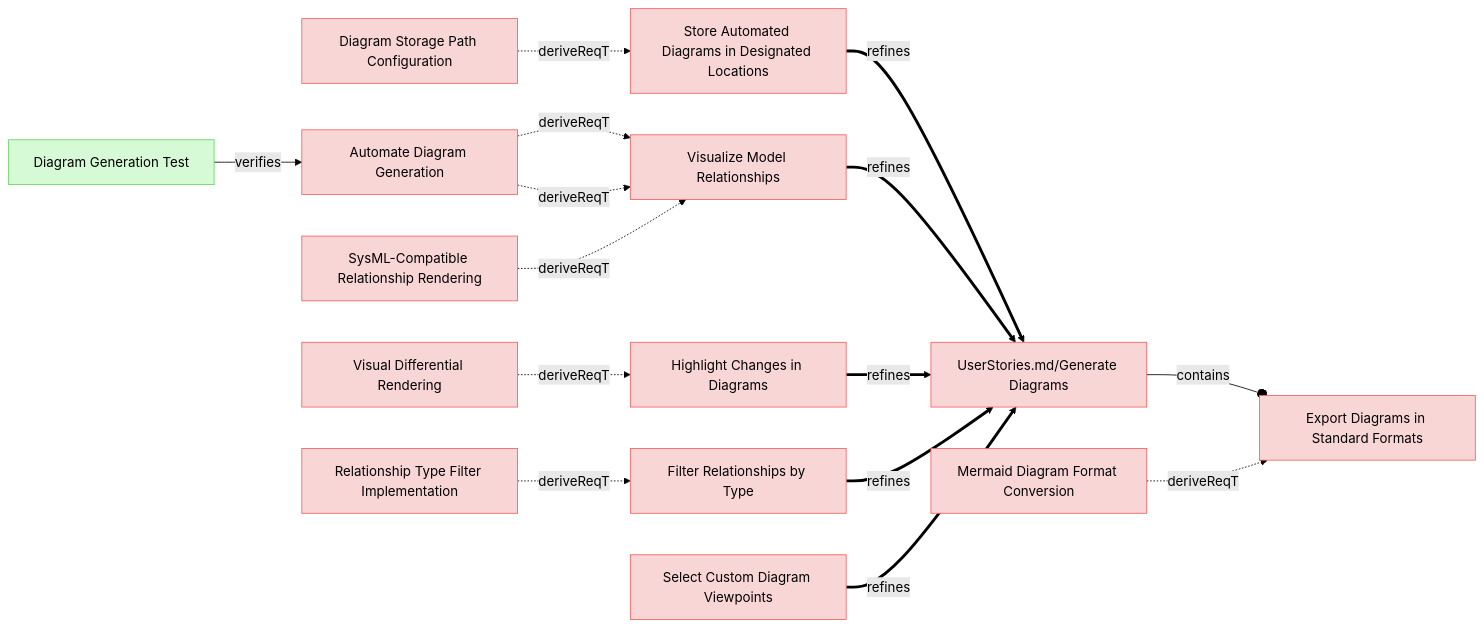
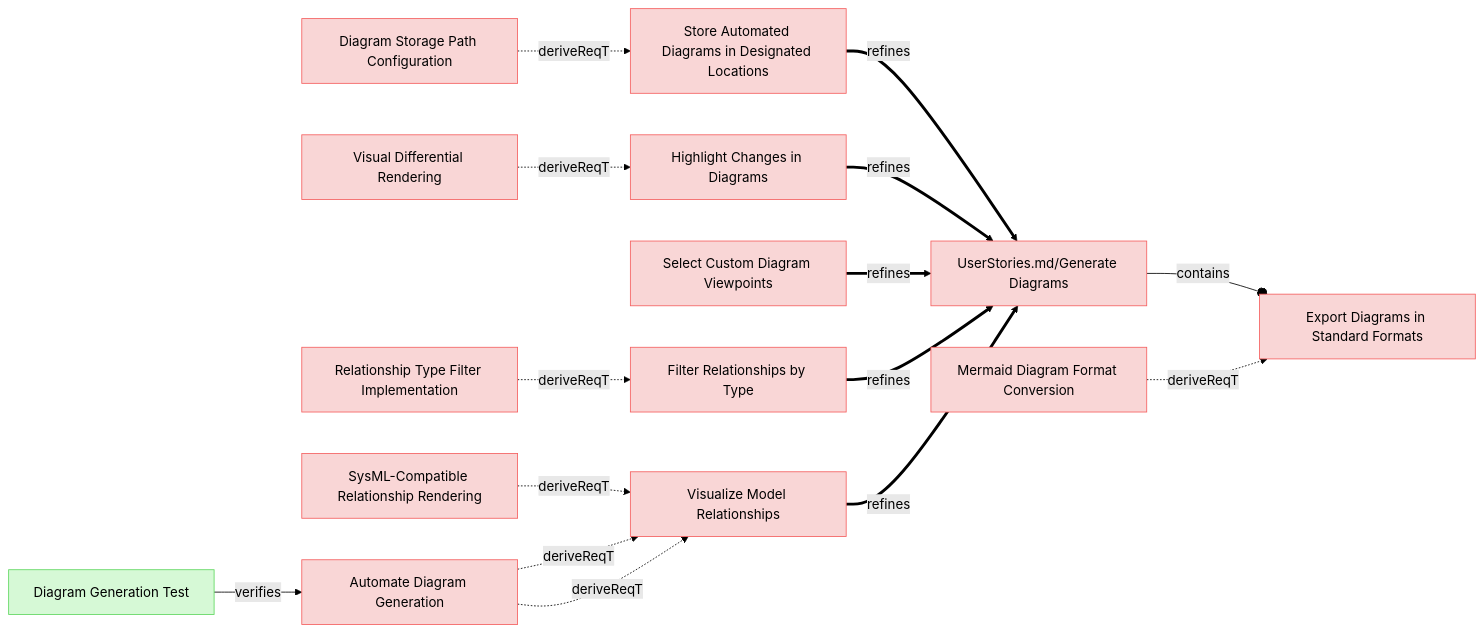
The first of 9 diagrams in specifications/UserRequirements.md (reqvire-org/reqvire), drawn with Mermaid (forest theme) before and after one commit. The commit also changed other lines of this file and 36 other files, not shown here.

````diff
--- a/specifications/UserRequirements.md
+++ b/specifications/UserRequirements.md
@@ -4,65 +4,65 @@
 ```mermaid
 graph LR;
   %% Graph styling
   classDef requirement fill:#f9d6d6,stroke:#f55f5f,stroke-width:1px;
   classDef verification fill:#d6f9d6,stroke:#5fd75f,stroke-width:1px;
   classDef externalLink fill:#d0e0ff,stroke:#3080ff,stroke-width:1px;
   classDef default fill:#f5f5f5,stroke:#333333,stroke-width:1px;
 
-  81f9235ded["Automate Diagram Generation"];
-  click 81f9235ded "UserRequirements.md#automate-diagram-generation";
-  class 81f9235ded requirement;
-  a6a8362836["Visualize Model Relationships"];
-  class a6a8362836 requirement;
-  click a6a8362836 "UserRequirements.md#visualize-model-relationships";
-  81f9235ded -.->|deriveReqT| a6a8362836;
-  b95c73d7b3["Diagram Generation Test"];
-  class b95c73d7b3 verification;
-  click b95c73d7b3 "Verifications/DiagramsTests.md#diagram-generation-test";
-  b95c73d7b3 -->|verifies| 81f9235ded;
   aee397f35b["Store Automated Diagrams in Designated Locations"];
   click aee397f35b "UserRequirements.md#store-automated-diagrams-in-designated-locations";
   class aee397f35b requirement;
   cf0026c2fe["UserStories.md/Generate Diagrams"];
   class cf0026c2fe requirement;
   click cf0026c2fe "UserStories.md#generate-diagrams";
   aee397f35b ==>|refines| cf0026c2fe;
   191d27287e["Diagram Storage Path Configuration"];
   class 191d27287e requirement;
   click 191d27287e "SystemRequirements/Requirements.md#diagram-storage-path-configuration";
   191d27287e -.->|deriveReqT| aee397f35b;
-  a6a8362836 ==>|refines| cf0026c2fe;
-  81f9235ded -.->|deriveReqT| a6a8362836;
-  c826c1ee7c["SysML-Compatible Relationship Rendering"];
-  class c826c1ee7c requirement;
-  click c826c1ee7c "SystemRequirements/Requirements.md#sysml-compatible-relationship-rendering";
-  c826c1ee7c -.->|deriveReqT| a6a8362836;
+  10c00a1bd1["Export Diagrams in Standard Formats"];
+  click 10c00a1bd1 "UserRequirements.md#export-diagrams-in-standard-formats";
+  class 10c00a1bd1 requirement;
+  cf0026c2fe --o|contains| 10c00a1bd1;
+  a7ec66314a["Mermaid Diagram Format Conversion"];
+  class a7ec66314a requirement;
+  click a7ec66314a "SystemRequirements/Requirements.md#mermaid-diagram-format-conversion";
+  a7ec66314a -.->|deriveReqT| 10c00a1bd1;
   fd7388e379["Highlight Changes in Diagrams"];
   click fd7388e379 "UserRequirements.md#highlight-changes-in-diagrams";
   class fd7388e379 requirement;
   fd7388e379 ==>|refines| cf0026c2fe;
   9860815d52["Visual Differential Rendering"];
   class 9860815d52 requirement;
   click 9860815d52 "SystemRequirements/Requirements.md#visual-differential-rendering";
   9860815d52 -.->|deriveReqT| fd7388e379;
+  30053341d8["Select Custom Diagram Viewpoints"];
+  click 30053341d8 "UserRequirements.md#select-custom-diagram-viewpoints";
+  class 30053341d8 requirement;
+  30053341d8 ==>|refines| cf0026c2fe;
   30d97803eb["Filter Relationships by Type"];
   click 30d97803eb "UserRequirements.md#filter-relationships-by-type";
   class 30d97803eb requirement;
   30d97803eb ==>|refines| cf0026c2fe;
   1414e7f889["Relationship Type Filter Implementation"];
   class 1414e7f889 requirement;
   click 1414e7f889 "SystemRequirements/Requirements.md#relationship-type-filter-implementation";
   1414e7f889 -.->|deriveReqT| 30d97803eb;
-  10c00a1bd1["Export Diagrams in Standard Formats"];
-  click 10c00a1bd1 "UserRequirements.md#export-diagrams-in-standard-formats";
-  class 10c00a1bd1 requirement;
-  cf0026c2fe --o|contains| 10c00a1bd1;
-  a7ec66314a["Mermaid Diagram Format Conversion"];
-  class a7ec66314a requirement;
-  click a7ec66314a "SystemRequirements/Requirements.md#mermaid-diagram-format-conversion";
-  a7ec66314a -.->|deriveReqT| 10c00a1bd1;
-  30053341d8["Select Custom Diagram Viewpoints"];
-  click 30053341d8 "UserRequirements.md#select-custom-diagram-viewpoints";
-  class 30053341d8 requirement;
-  30053341d8 ==>|refines| cf0026c2fe;
+  a6a8362836["Visualize Model Relationships"];
+  click a6a8362836 "UserRequirements.md#visualize-model-relationships";
+  class a6a8362836 requirement;
+  a6a8362836 ==>|refines| cf0026c2fe;
+  c826c1ee7c["SysML-Compatible Relationship Rendering"];
+  class c826c1ee7c requirement;
+  click c826c1ee7c "SystemRequirements/Requirements.md#sysml-compatible-relationship-rendering";
+  c826c1ee7c -.->|deriveReqT| a6a8362836;
+  81f9235ded["Automate Diagram Generation"];
+  class 81f9235ded requirement;
+  click 81f9235ded "UserRequirements.md#automate-diagram-generation";
+  81f9235ded -.->|deriveReqT| a6a8362836;
+  81f9235ded -.->|deriveReqT| a6a8362836;
+  b95c73d7b3["Diagram Generation Test"];
+  class b95c73d7b3 verification;
+  click b95c73d7b3 "Verifications/DiagramsTests.md#diagram-generation-test";
+  b95c73d7b3 -->|verifies| 81f9235ded;
 ```
````
